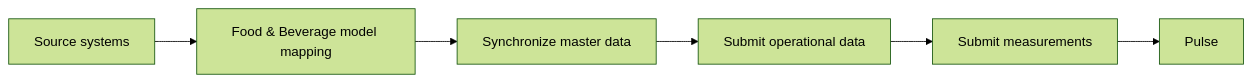
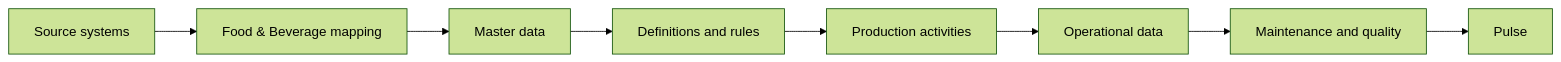
One commit to Tom-PIT/TomPIT.Pulse.Connector changed the diagram in docs/models/manufacturing/food-and-beverage/index.md. Above: the diagram before and after it, drawn with Mermaid (forest theme). The commit also changed other lines of this file and 14 other files, not shown here.

Commit message:
docs: updates to rules and definitions according to implementation

````diff
--- a/docs/models/manufacturing/food-and-beverage/index.md
+++ b/docs/models/manufacturing/food-and-beverage/index.md
@@ -28,8 +30,13 @@
 ```mermaid
-graph LR
-  A[Source systems] --> B[Food & Beverage model mapping]
-  B --> C[Synchronize master data]
-  C --> D[Submit operational data]
-  D --> E[Submit measurements]
-  E --> F[Pulse]
+flowchart LR
+    A["Source systems"]
+    B["Food & Beverage mapping"]
+    C["Master data"]
+    D["Definitions and rules"]
+    E["Production activities"]
+    F["Operational data"]
+    G["Maintenance and quality"]
+    H["Pulse"]
+
+    A --> B --> C --> D --> E --> F --> G --> H
 ```
````
